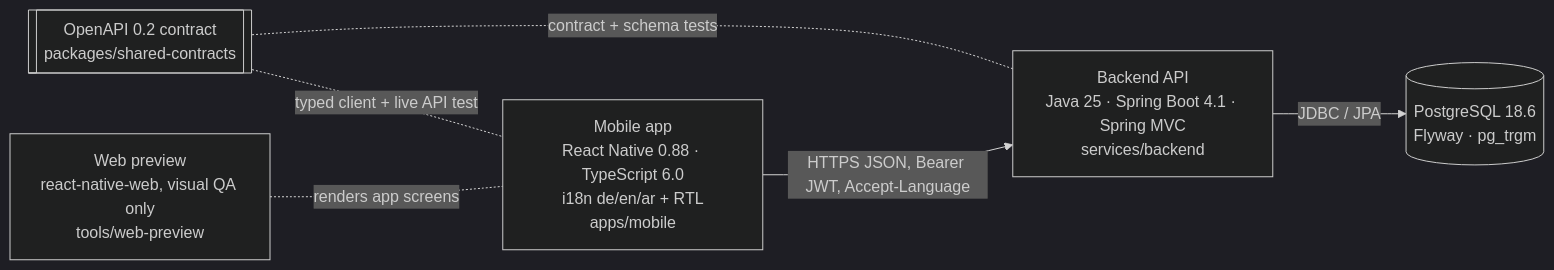
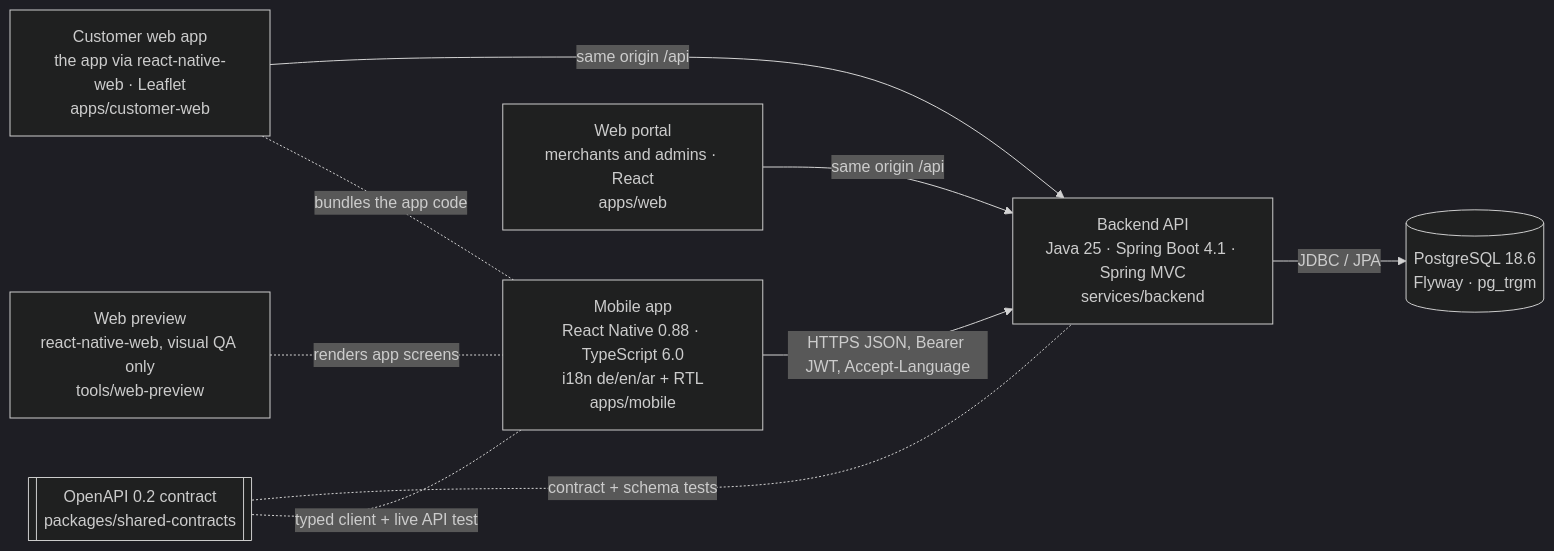
The second of 4 diagrams in docs/architecture/overview.md (uptonext-org/dukkan), drawn with Mermaid (dark theme) before and after one commit. The commit also changed 53 other files, not shown here.

````diff
--- a/docs/architecture/overview.md
+++ b/docs/architecture/overview.md
@@ -34,13 +34,18 @@
 ```mermaid
 flowchart LR
   app[Mobile app<br/>React Native 0.88 · TypeScript 6.0<br/>i18n de/en/ar + RTL<br/>apps/mobile]
   api[Backend API<br/>Java 25 · Spring Boot 4.1 · Spring MVC<br/>services/backend]
   db[(PostgreSQL 18.6<br/>Flyway · pg_trgm)]
   contract[[OpenAPI 0.2 contract<br/>packages/shared-contracts]]
+  web[Customer web app<br/>the app via react-native-web · Leaflet<br/>apps/customer-web]
+  portal[Web portal<br/>merchants and admins · React<br/>apps/web]
   preview[Web preview<br/>react-native-web, visual QA only<br/>tools/web-preview]
   app -- HTTPS JSON, Bearer JWT, Accept-Language --> api
+  web -- same origin /api --> api
+  portal -- same origin /api --> api
+  web -. bundles the app code .- app
   api -- JDBC / JPA --> db
   contract -. contract + schema tests .- api
   contract -. typed client + live API test .- app
   preview -. renders app screens .- app
 ```
````
